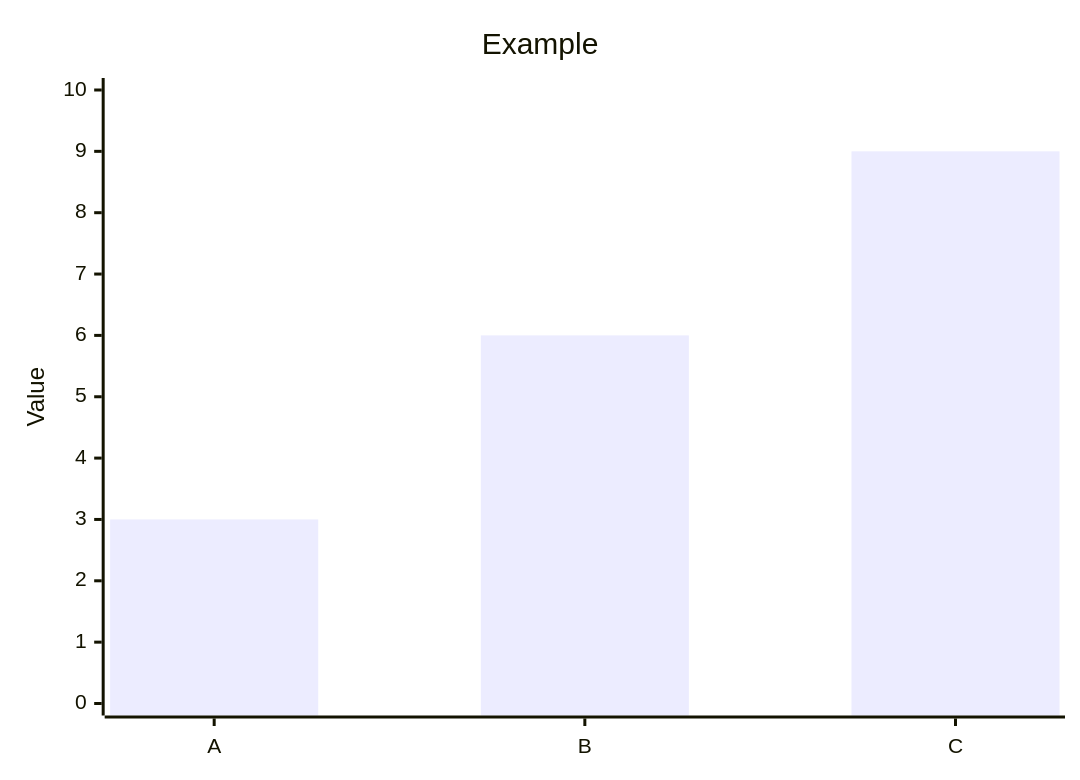
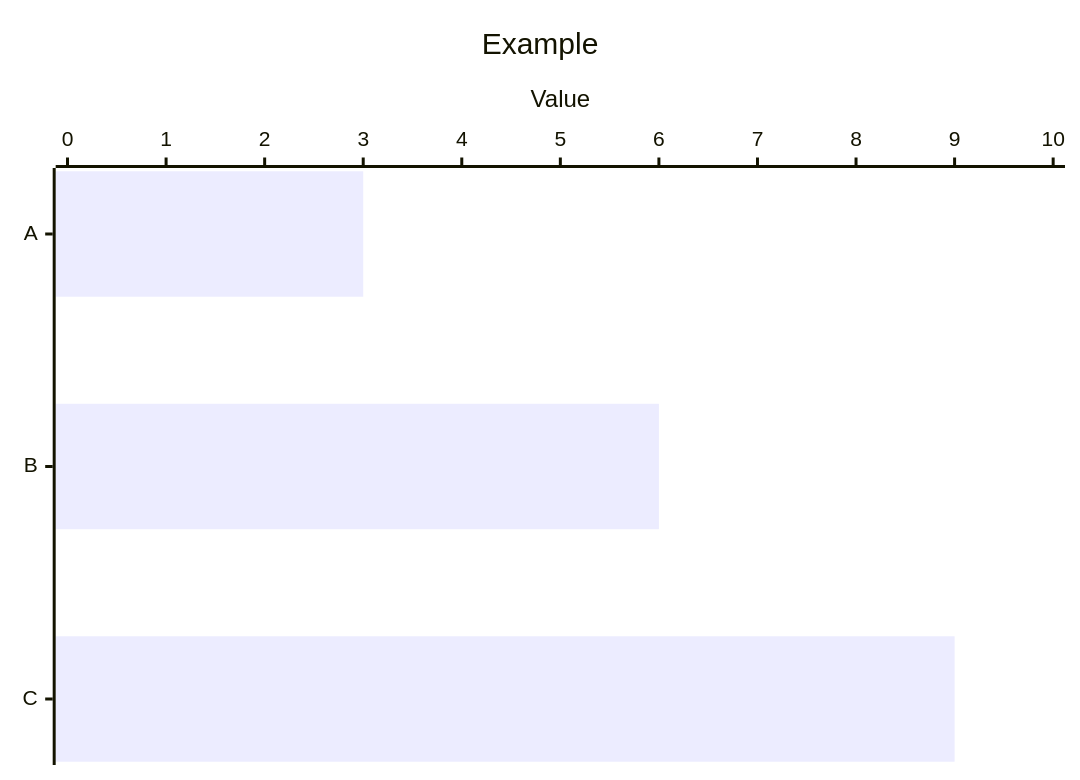
The second of 2 diagrams in articles-posts/economic-sentiment-zaf.md (Tellusant/docs), drawn with Mermaid before and after one commit.

```diff
--- a/articles-posts/economic-sentiment-zaf.md
+++ b/articles-posts/economic-sentiment-zaf.md
@@ -59,10 +59,10 @@
 <div class="mermaid">
 
-xychart-beta
+xychart-beta horizontal
     title "Example"
     x-axis ["A","B","C"]
     y-axis "Value" 0 --> 10
     bar [3,6,9]
   
 
     </div>
```
